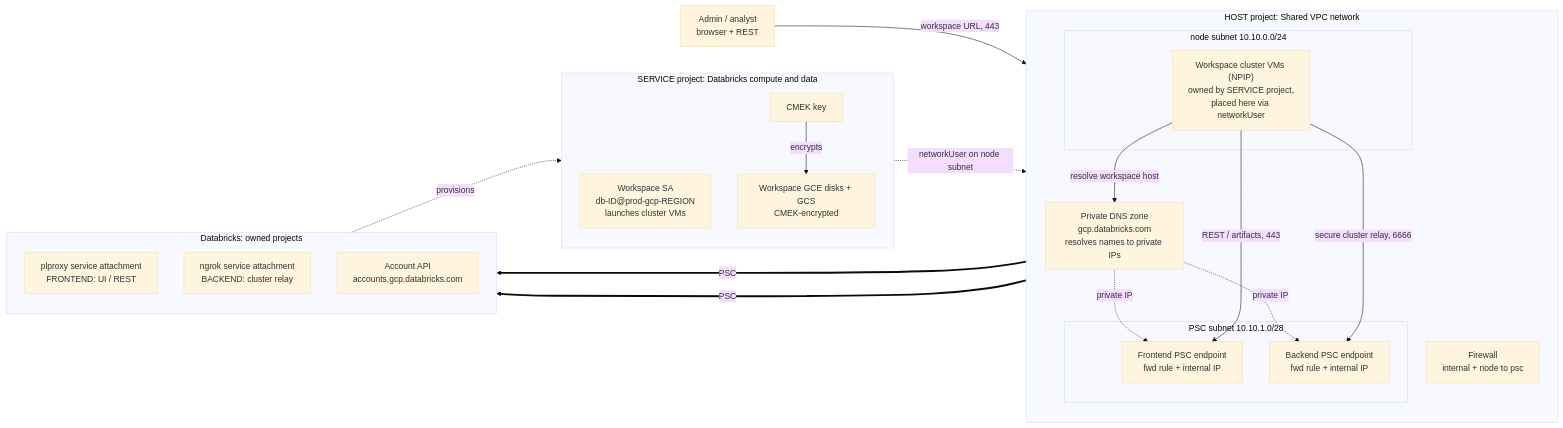
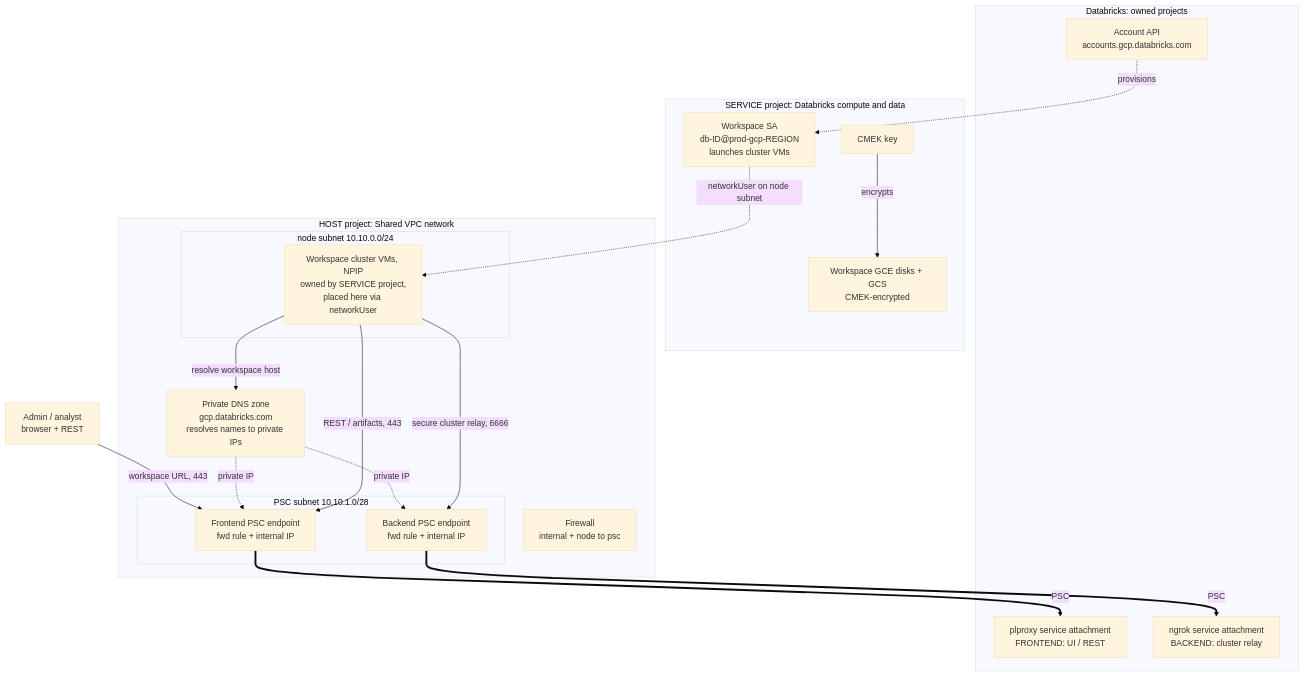
One commit to klevisa/shared-vpc-cmk-psc-databricks-deployment changed the diagram in docs/architecture.mmd. Above: the diagram before and after it, drawn with Mermaid (base theme). The commit also changed 1 other file, not shown here.

Commit message:
Update architecture diagram: compatibility-safe Mermaid, top-down layout
Remove subgraph `direction` keyword and parentheses and point edges at nodes
(not subgraph ids) so older Mermaid parsers (e.g. VS Code preview) accept it.
Top-down layout stays legible at README width. Regenerate the PNG.

```diff
--- a/docs/architecture.mmd
+++ b/docs/architecture.mmd
@@ -1,41 +1,38 @@
-flowchart LR
+flowchart TB
     USER["Admin / analyst<br/>browser + REST"]
 
+    subgraph DBX["Databricks: owned projects"]
+        PLPROXY["plproxy service attachment<br/>FRONTEND: UI / REST"]
+        NGROK["ngrok service attachment<br/>BACKEND: cluster relay"]
+        ACCT["Account API<br/>accounts.gcp.databricks.com"]
+    end
+
+    subgraph SVC["SERVICE project: Databricks compute and data"]
+        WSSA["Workspace SA<br/>db-ID@prod-gcp-REGION<br/>launches cluster VMs"]
+        KMS["CMEK key"]
+        DATA["Workspace GCE disks + GCS<br/>CMEK-encrypted"]
+    end
+
     subgraph HOST["HOST project: Shared VPC network"]
-        direction TB
-        DNS["Private DNS zone<br/>gcp.databricks.com<br/>resolves names to private IPs"]
         subgraph NODE["node subnet 10.10.0.0/24"]
-            VM["Workspace cluster VMs (NPIP)<br/>owned by SERVICE project,<br/>placed here via networkUser"]
+            VM["Workspace cluster VMs, NPIP<br/>owned by SERVICE project,<br/>placed here via networkUser"]
         end
         subgraph PE["PSC subnet 10.10.1.0/28"]
             FE["Frontend PSC endpoint<br/>fwd rule + internal IP"]
             BE["Backend PSC endpoint<br/>fwd rule + internal IP"]
         end
+        DNS["Private DNS zone<br/>gcp.databricks.com<br/>resolves names to private IPs"]
         FW["Firewall<br/>internal + node to psc"]
-    end
-
-    subgraph SVC["SERVICE project: Databricks compute and data"]
-        direction TB
-        WSSA["Workspace SA<br/>db-ID@prod-gcp-REGION<br/>launches cluster VMs"]
-        KMS["CMEK key"]
-        DATA["Workspace GCE disks + GCS<br/>CMEK-encrypted"]
-    end
-
-    subgraph DBX["Databricks: owned projects"]
-        direction TB
-        PLPROXY["plproxy service attachment<br/>FRONTEND: UI / REST"]
-        NGROK["ngrok service attachment<br/>BACKEND: cluster relay"]
-        ACCT["Account API<br/>accounts.gcp.databricks.com"]
     end
 
     USER -->|"workspace URL, 443"| FE
     VM -->|"resolve workspace host"| DNS
     DNS -.->|"private IP"| FE
     DNS -.->|"private IP"| BE
     VM -->|"REST / artifacts, 443"| FE
     VM -->|"secure cluster relay, 6666"| BE
     FE ==>|"PSC"| PLPROXY
     BE ==>|"PSC"| NGROK
     KMS -->|"encrypts"| DATA
-    WSSA -.->|"networkUser on node subnet"| NODE
-    ACCT -.->|"provisions"| SVC
+    WSSA -.->|"networkUser on node subnet"| VM
+    ACCT -.->|"provisions"| WSSA
```
